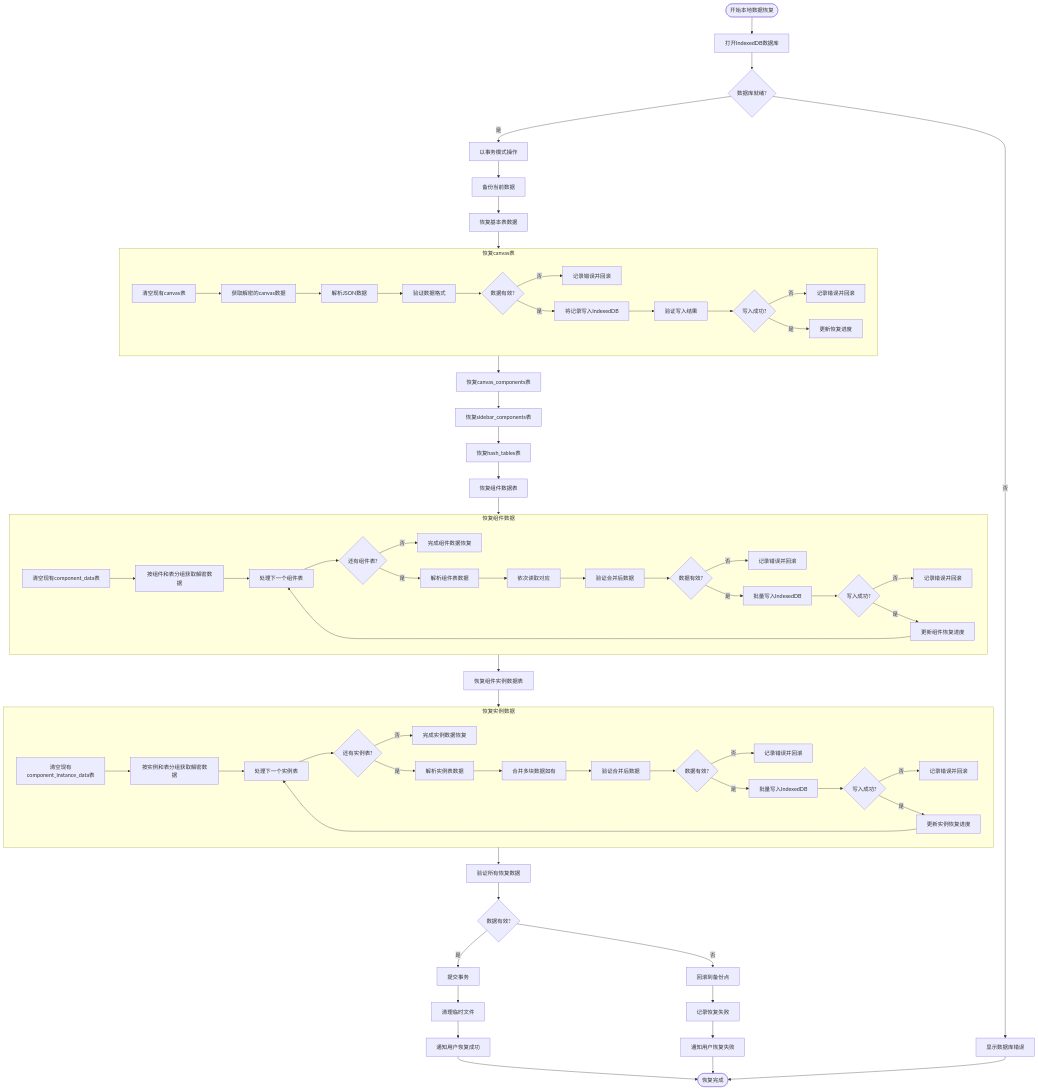
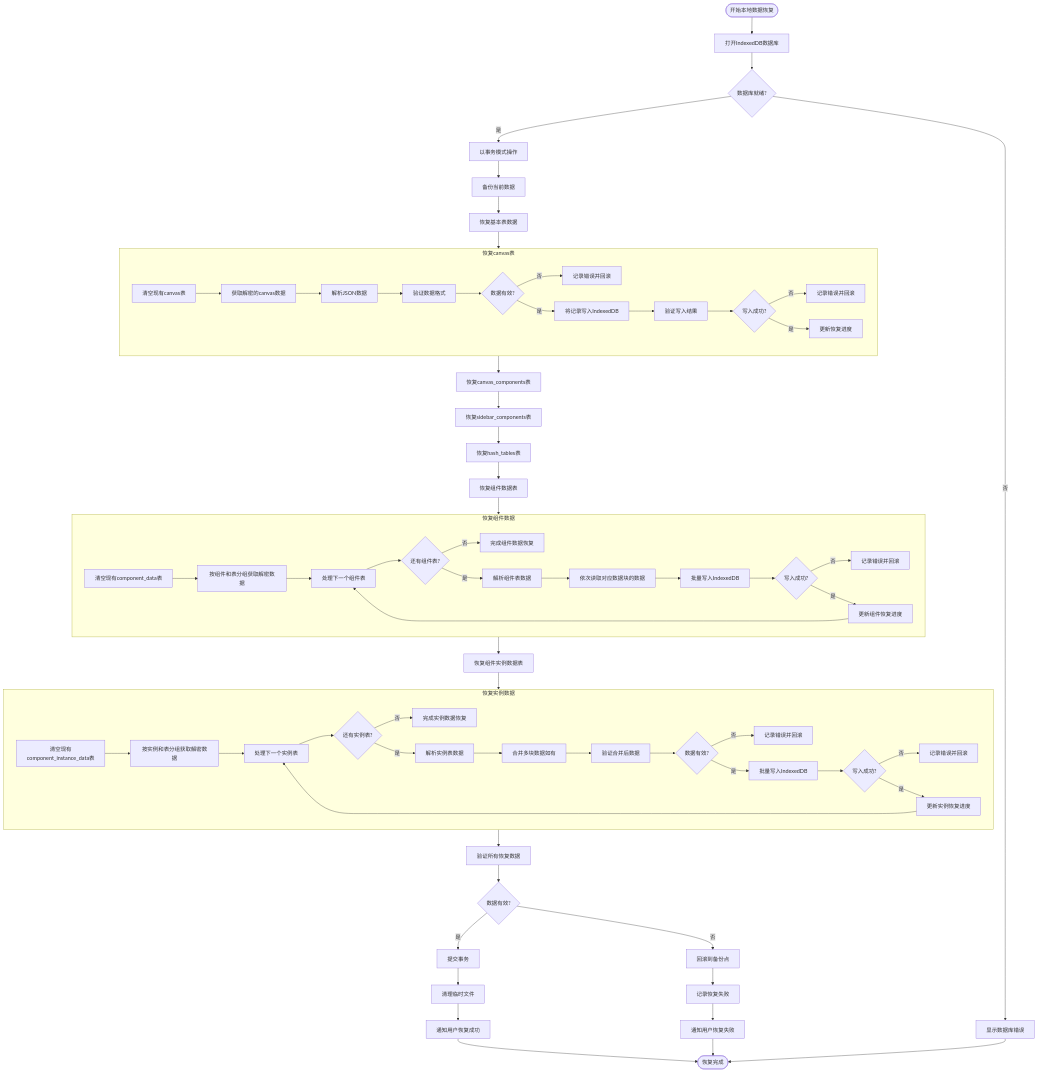
The diagram in all/未命名-53.md (yingjianzh/iodraw-files), drawn with Mermaid before and after one commit.

Commit message:
2025-05-09 17:26:55 update

```diff
--- a/all/未命名-53.md
+++ b/all/未命名-53.md
@@ -36,11 +36,8 @@
         RCD3 --> RCD4{还有组件表?}
         RCD4 -->|否| RCD14[完成组件数据恢复]
         RCD4 -->|是| RCD5[解析组件表数据]
-        RCD5 --> RCD6[依次读取对应]
-        RCD6 --> RCD7[验证合并后数据]
-        RCD7 --> RCD8{数据有效?}
-        RCD8 -->|否| RCD9[记录错误并回滚]
-        RCD8 -->|是| RCD10[批量写入IndexedDB]
+        RCD5 --> RCD6[依次读取对应数据块的数据]
+        RCD6 --> RCD10[批量写入IndexedDB]
         RCD10 --> RCD11{写入成功?}
         RCD11 -->|否| RCD12[记录错误并回滚]
         RCD11 -->|是| RCD13[更新组件恢复进度]
```
